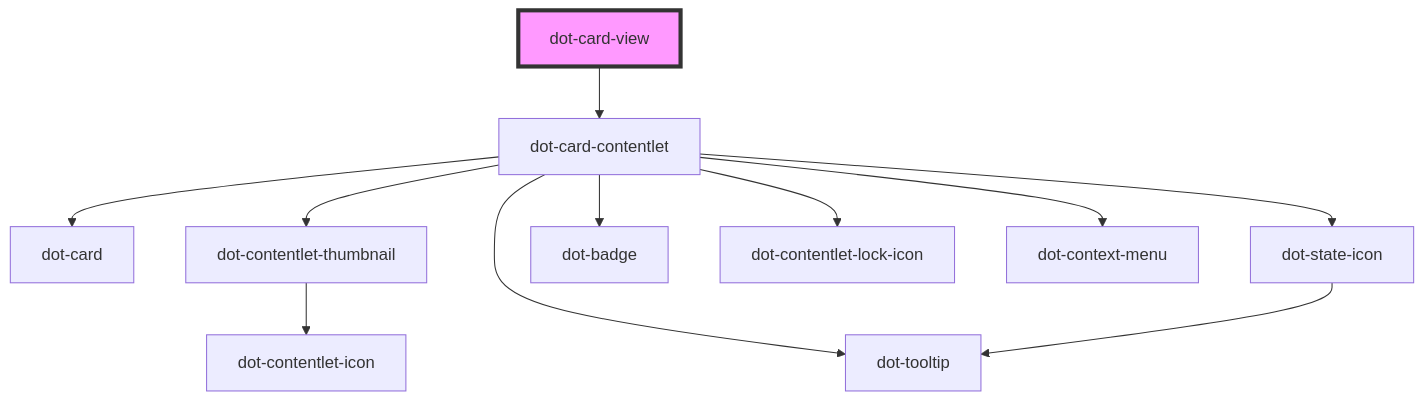
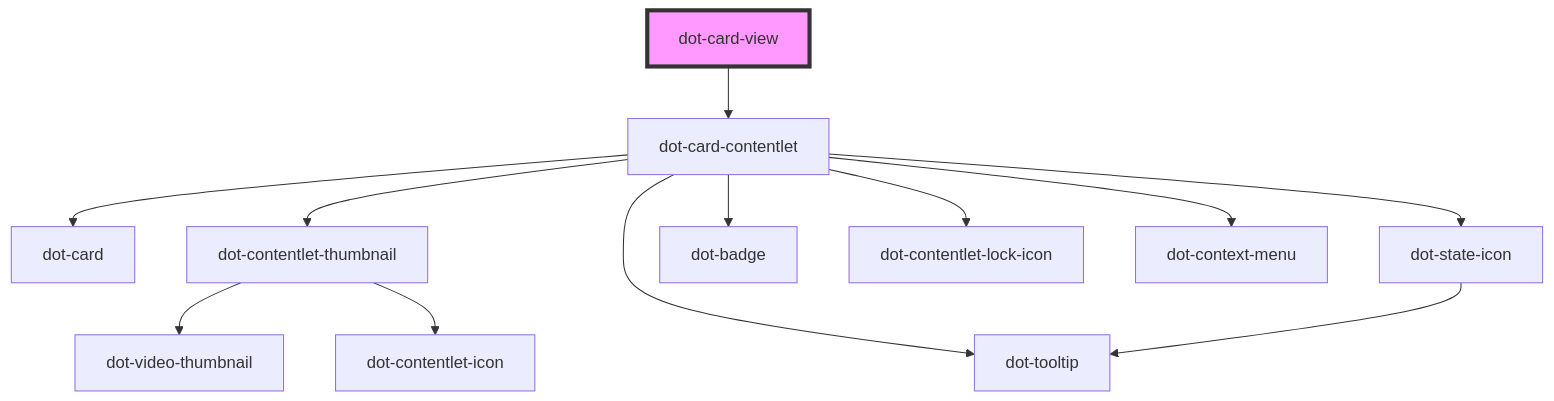
One commit to dotCMS/core changed the diagram in core-web/libs/dotcms-webcomponents/src/collections/dot-card-view/readme.md. Above: the diagram before and after it, drawn with Mermaid. The commit also changed other lines of this file and 4 other files, not shown here.

````diff
--- a/core-web/libs/dotcms-webcomponents/src/collections/dot-card-view/readme.md
+++ b/core-web/libs/dotcms-webcomponents/src/collections/dot-card-view/readme.md
@@ -54,14 +42,15 @@
 ```mermaid
 graph TD;
   dot-card-view --> dot-card-contentlet
   dot-card-contentlet --> dot-card
   dot-card-contentlet --> dot-contentlet-thumbnail
   dot-card-contentlet --> dot-tooltip
   dot-card-contentlet --> dot-state-icon
   dot-card-contentlet --> dot-badge
   dot-card-contentlet --> dot-contentlet-lock-icon
   dot-card-contentlet --> dot-context-menu
+  dot-contentlet-thumbnail --> dot-video-thumbnail
   dot-contentlet-thumbnail --> dot-contentlet-icon
   dot-state-icon --> dot-tooltip
   style dot-card-view fill:#f9f,stroke:#333,stroke-width:4px
 ```
````
